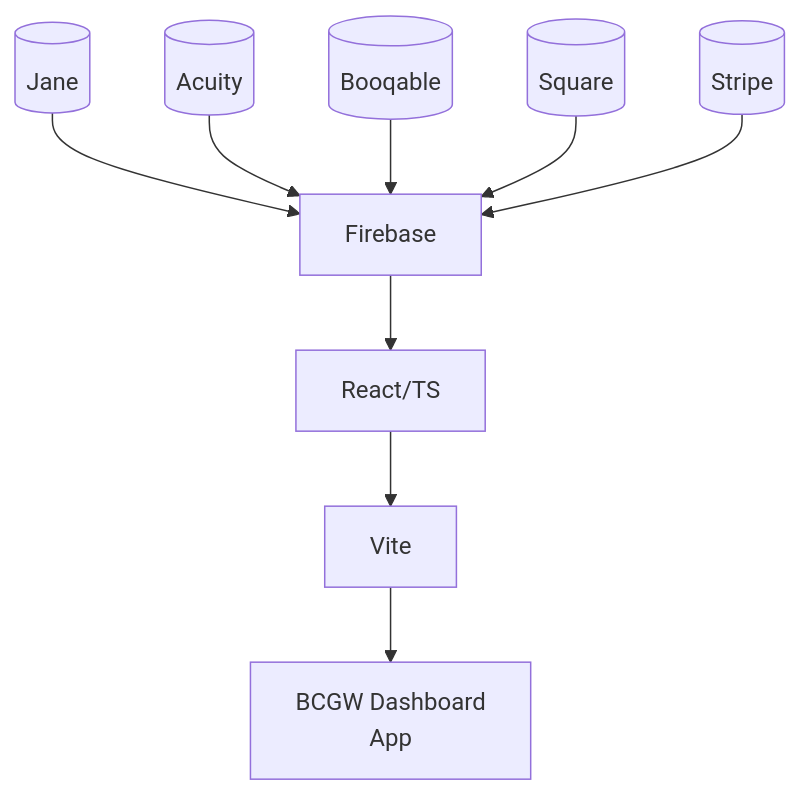
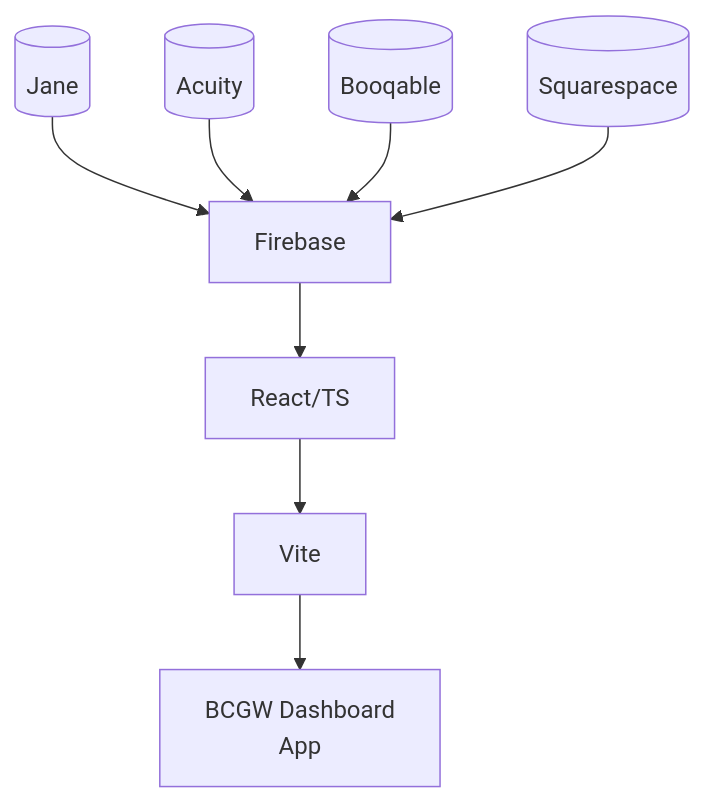
The diagram in README.md (Hack4Impact-UMD/breastfeeding-center-gw), drawn with Mermaid before and after one commit. The commit also changed other lines of this file, not shown here.

Commit message:
replace stripe/square with squarespace on readme

````diff
--- a/README.md
+++ b/README.md
@@ -42,13 +41,12 @@
 ```mermaid
     flowchart TD
         mc[(Jane)] --> back
         ac[(Acuity)] --> back
         ps[(Booqable)] --> back
-        sq[(Square)] --> back
-        pp[(Stripe)] --> back
+        sq[(Squarespace)] --> back
         back[Firebase] --> front
         front[React/TS] --> build
         build[Vite] --> app
         app[BCGW Dashboard
         App]
 ```
````
